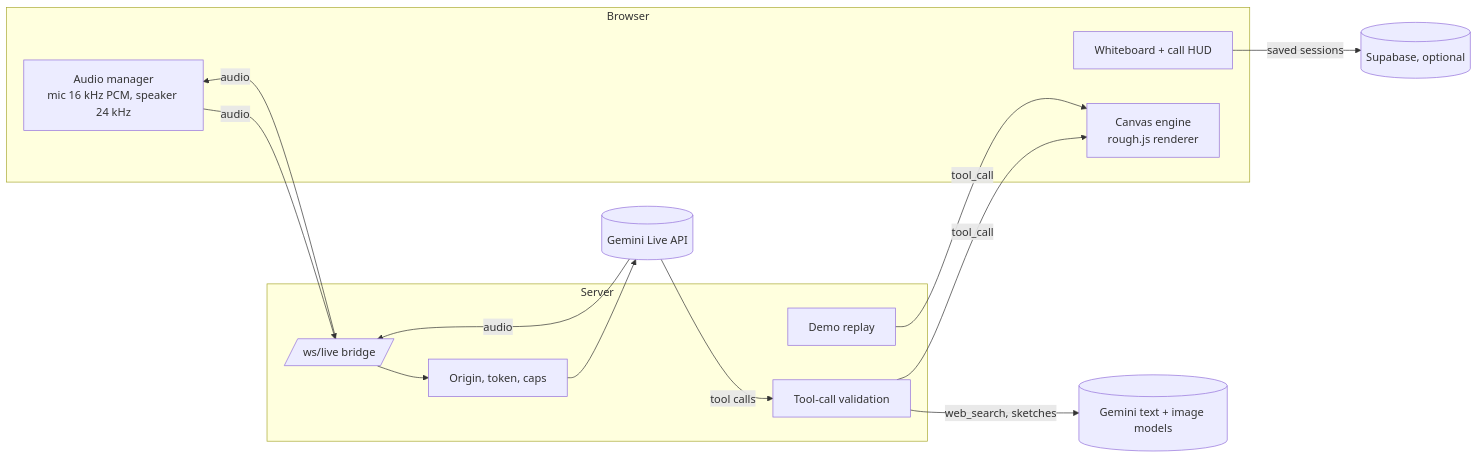
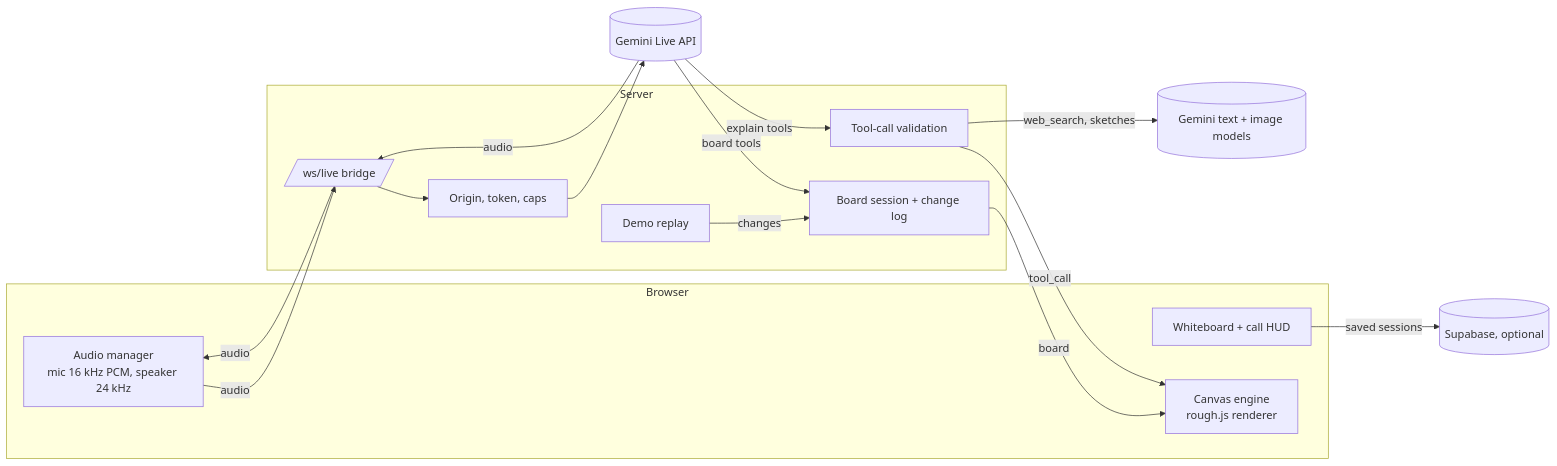
Before and after one commit to thuyghe12/teolima_public: the diagram in docs/ARCHITECTURE.md, drawn with Mermaid. The commit also changed other lines of this file and 4 other files, not shown here.

First line of the commit message:
docs: describe the board-driven flow

````diff
--- a/docs/ARCHITECTURE.md
+++ b/docs/ARCHITECTURE.md
@@ -5,25 +5,27 @@
 ```mermaid
 flowchart LR
   subgraph Browser
     MIC[Audio manager<br/>mic 16 kHz PCM, speaker 24 kHz]
     UI[Whiteboard + call HUD]
     ENG[Canvas engine<br/>rough.js renderer]
   end
   subgraph Server
     WS[/ws/live bridge/]
     SEC[Origin, token, caps]
     VAL[Tool-call validation]
     DEMO[Demo replay]
+    BOARD[Board session + change log]
   end
   LIVE[(Gemini Live API)]
   TXT[(Gemini text + image models)]
   SB[(Supabase, optional)]
 
   MIC -- audio --> WS
   WS --> SEC --> LIVE
-  LIVE -- tool calls --> VAL -- tool_call --> ENG
+  LIVE -- board tools --> BOARD -- board --> ENG
+  LIVE -- explain tools --> VAL -- tool_call --> ENG
   LIVE -- audio --> WS -- audio --> MIC
   VAL -- web_search, sketches --> TXT
-  DEMO -- tool_call --> ENG
+  DEMO -- changes --> BOARD
   UI -- saved sessions --> SB
 ```
````
